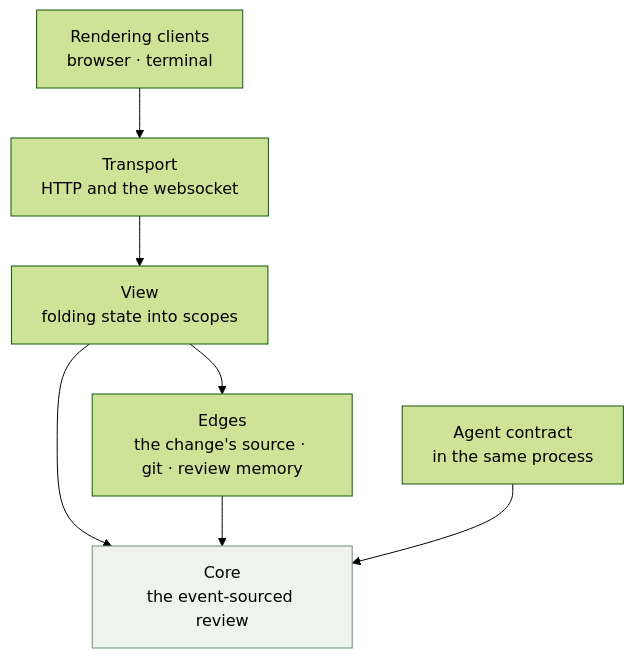
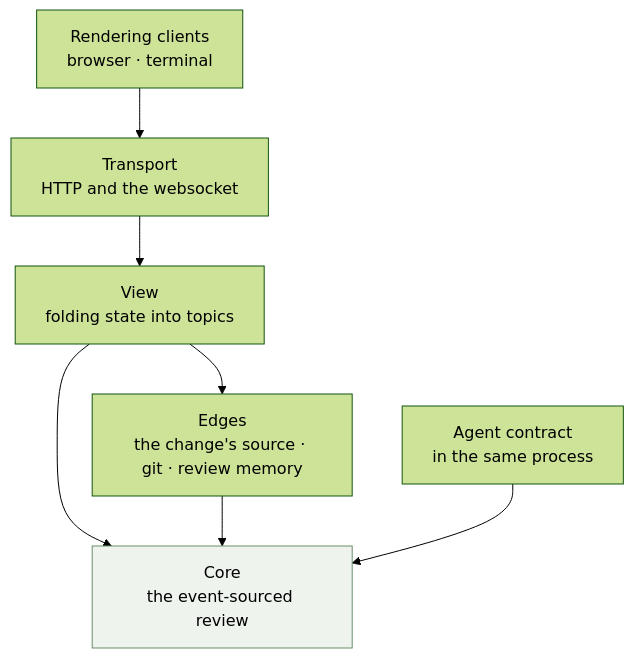
Before and after one commit to Joacchim/review-mate-prototype: the second of 3 diagrams in docs/architecture.md, drawn with Mermaid (forest theme). The commit also changed other lines of this file and 57 other files, not shown here.

````diff
--- a/docs/architecture.md
+++ b/docs/architecture.md
@@ -67,19 +67,19 @@
 ```mermaid
 flowchart TB
     CL["Rendering clients<br/>browser · terminal"]
     TR["Transport<br/>HTTP and the websocket"]
-    VW["View<br/>folding state into scopes"]
+    VW["View<br/>folding state into topics"]
     ED["Edges<br/>the change's source · git · review memory"]
     CO["Core<br/>the event-sourced review"]
     AG["Agent contract<br/>in the same process"]
 
     CL --> TR
     TR --> VW
     VW --> ED
     VW --> CO
     ED --> CO
     AG --> CO
 
     classDef bottom fill:#eef3ee,stroke:#6a8f6a
     class CO bottom
 ```
````
